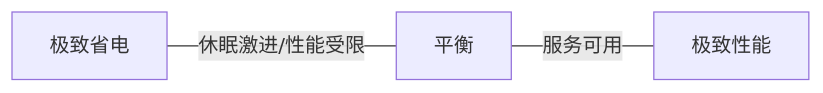
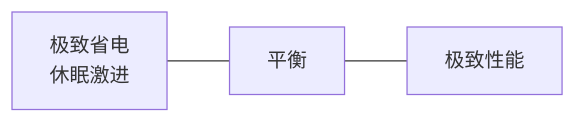
Before and after one commit to cv-superding/nas-guide: the second of 2 diagrams in docs/08-进阶主题/8.4-能耗优化.md, drawn with Mermaid. The commit also changed other lines of this file and 4 other files, not shown here.

````diff
--- a/docs/08-进阶主题/8.4-能耗优化.md
+++ b/docs/08-进阶主题/8.4-能耗优化.md
@@ -57,4 +46,4 @@
 ```mermaid
 flowchart LR
-    A[极致省电] ---|休眠激进/性能受限| B[平衡] ---|服务可用| C[极致性能]
+    A[极致省电<br/>休眠激进] --- B[平衡] --- C[极致性能]
 ```
````
